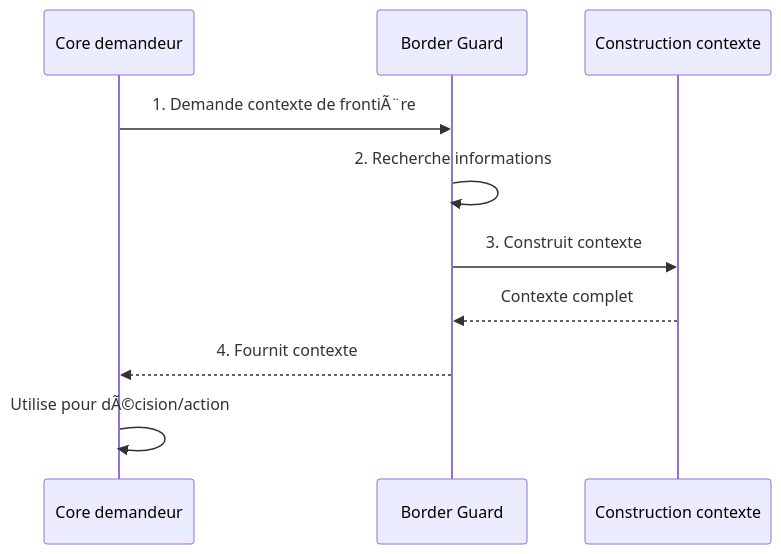
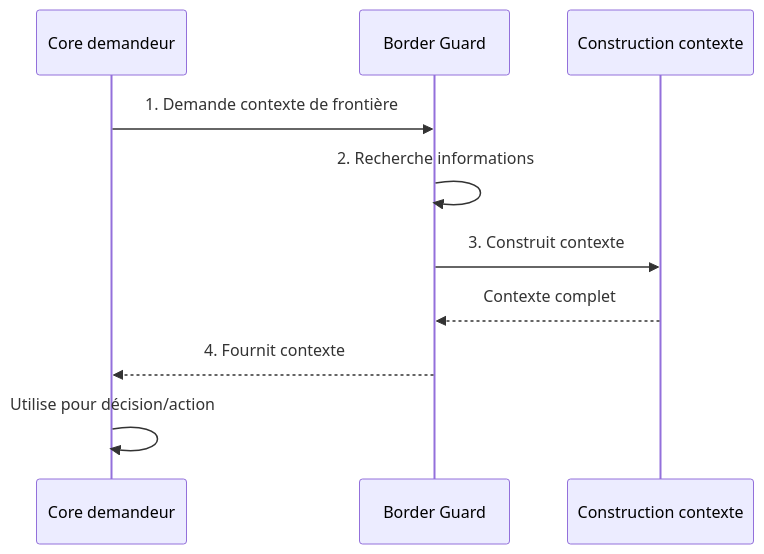
Before and after one commit to StudioMiyukini/miyukini_cog: the fifth of 5 diagrams in docs/cores/BorderGuard/architecture/Border Guard - Architecture & Flows.md, drawn with Mermaid. The commit also changed other lines of this file and 564 other files, not shown here.

````diff
--- a/docs/cores/BorderGuard/architecture/Border Guard - Architecture & Flows.md
+++ b/docs/cores/BorderGuard/architecture/Border Guard - Architecture & Flows.md
@@ -417,13 +417,13 @@
 ```mermaid
 sequenceDiagram
     participant Core as Core demandeur
     participant BG as Border Guard
     participant Ctx as Construction contexte
 
-    Core->>BG: 1. Demande contexte de frontiÃ¨re
+    Core->>BG: 1. Demande contexte de frontière
     BG->>BG: 2. Recherche informations
     BG->>Ctx: 3. Construit contexte
     Ctx-->>BG: Contexte complet
     BG-->>Core: 4. Fournit contexte
-    Core->>Core: Utilise pour dÃ©cision/action
+    Core->>Core: Utilise pour décision/action
 ```
````
